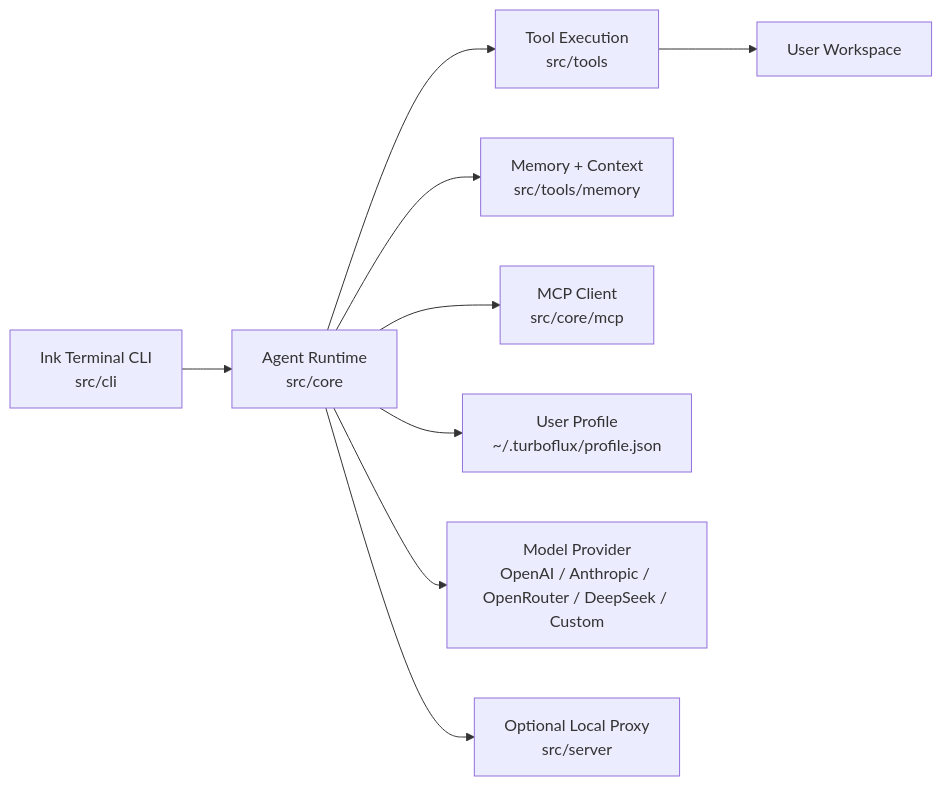
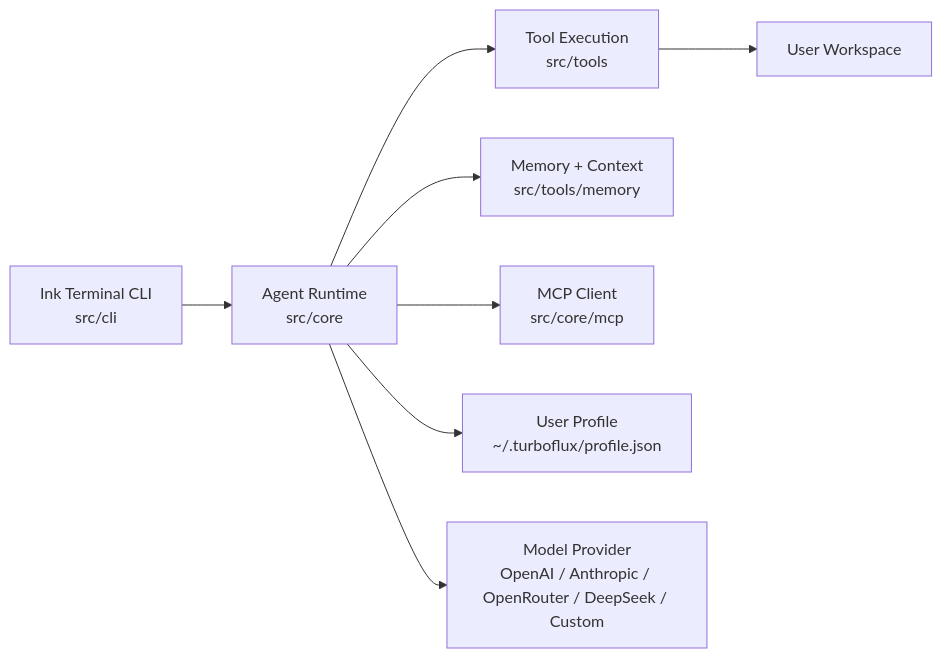
Before and after one commit to MengShengbo/TurboFlux: the second of 2 diagrams in README.md, drawn with Mermaid. The commit also changed other lines of this file and 17 other files, not shown here.

Commit message:
Retire local proxy and expand personas

````diff
--- a/README.md
+++ b/README.md
@@ -211,11 +193,10 @@
 ```mermaid
 flowchart LR
   CLI["Ink Terminal CLI\nsrc/cli"] --> Runtime["Agent Runtime\nsrc/core"]
   Runtime --> Tools["Tool Execution\nsrc/tools"]
   Runtime --> Memory["Memory + Context\nsrc/tools/memory"]
   Runtime --> MCP["MCP Client\nsrc/core/mcp"]
   Runtime --> Profile["User Profile\n~/.turboflux/profile.json"]
   Runtime --> Provider["Model Provider\nOpenAI / Anthropic / OpenRouter / DeepSeek / Custom"]
-  Runtime --> Proxy["Optional Local Proxy\nsrc/server"]
   Tools --> Workspace["User Workspace"]
 ```
````
